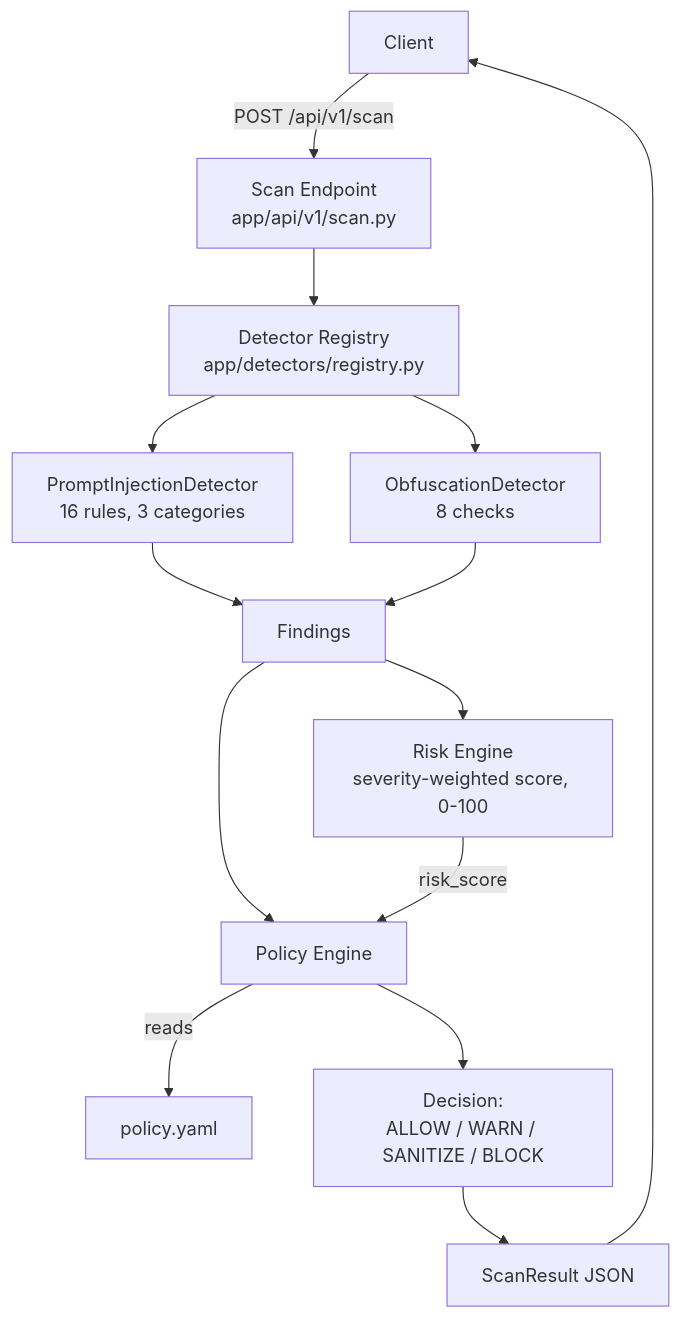
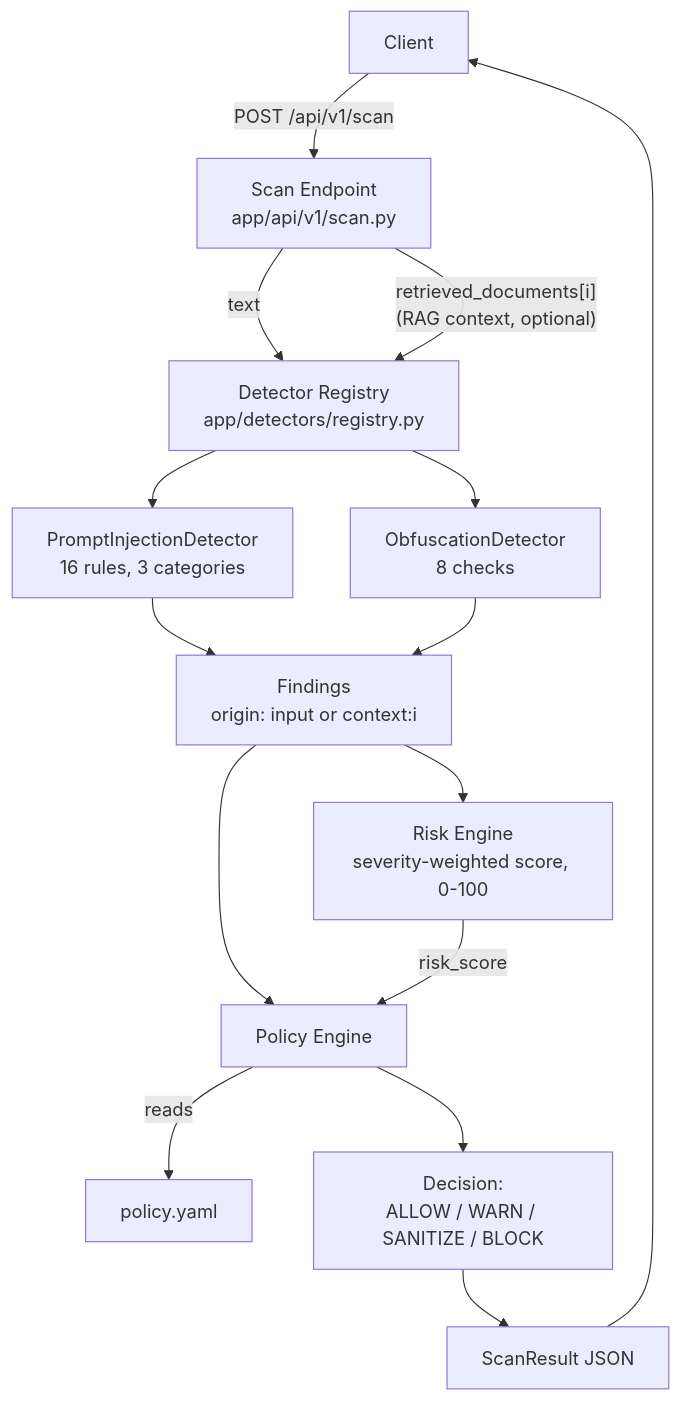
One commit to jaisurya93945/sentinelcore changed the diagram in docs/architecture/README.md. Above: the diagram before and after it, drawn with Mermaid. The commit also changed other lines of this file and 5 other files, not shown here.

Commit message:
RAG context scanning: retrieved documents scanned through existing detectors, findings tagged by origin (input vs context:N) to catch indirect prompt injection without adding a new detector

````diff
--- a/docs/architecture/README.md
+++ b/docs/architecture/README.md
@@ -7,16 +7,17 @@
 ```mermaid
 flowchart TD
     Client[Client] -->|POST /api/v1/scan| API["Scan Endpoint<br/>app/api/v1/scan.py"]
-    API --> Registry["Detector Registry<br/>app/detectors/registry.py"]
+    API -->|text| Registry["Detector Registry<br/>app/detectors/registry.py"]
+    API -->|"retrieved_documents[i]<br/>(RAG context, optional)"| Registry
     Registry --> PI["PromptInjectionDetector<br/>16 rules, 3 categories"]
     Registry --> OB["ObfuscationDetector<br/>8 checks"]
-    PI --> Findings[Findings]
+    PI --> Findings["Findings<br/>origin: input or context:i"]
     OB --> Findings
     Findings --> Risk["Risk Engine<br/>severity-weighted score, 0-100"]
     Findings --> Policy[Policy Engine]
     Risk -->|risk_score| Policy
     Policy -->|reads| YAML[policy.yaml]
     Policy --> Decision["Decision:<br/>ALLOW / WARN / SANITIZE / BLOCK"]
     Decision --> Response[ScanResult JSON]
     Response --> Client
 ```
````
